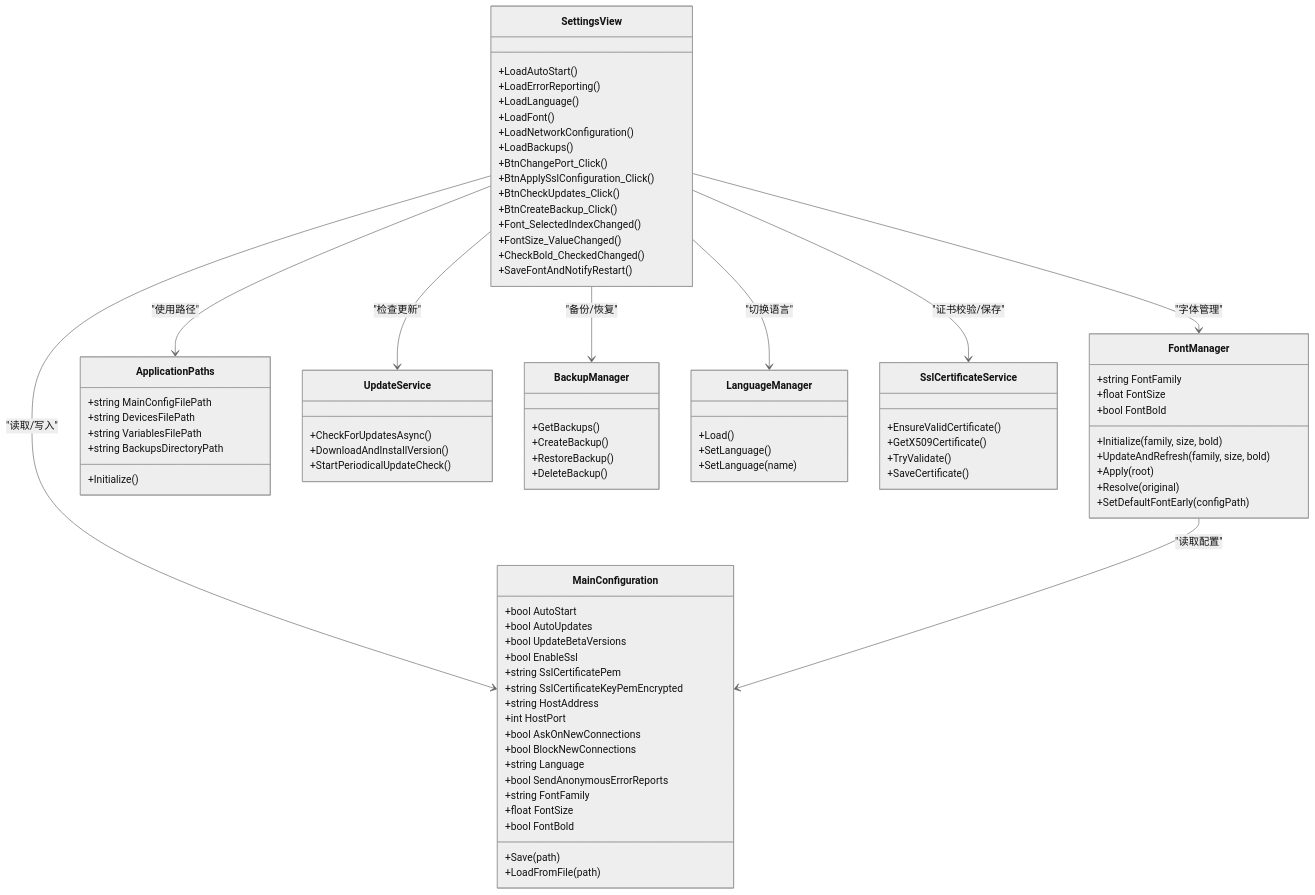
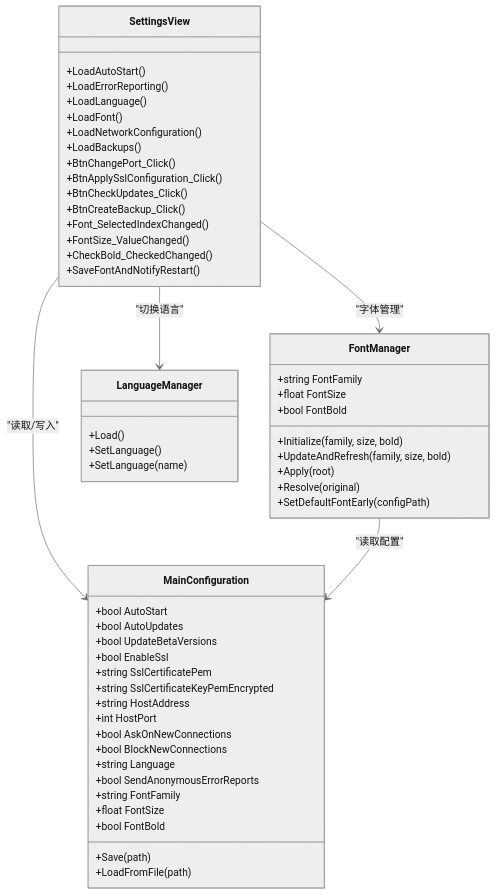
One commit to tea4go/Macro-Deck changed the sixth of 6 diagrams in .qoder/repowiki/zh/content/图形用户界面/视图管理系统/设置视图.md. Above: the diagram before and after it, drawn with Mermaid (neutral theme). The commit also changed other lines of this file and 22 other files, not shown here.

````diff
--- a/.qoder/repowiki/zh/content/图形用户界面/视图管理系统/设置视图.md
+++ b/.qoder/repowiki/zh/content/图形用户界面/视图管理系统/设置视图.md
@@ -328,41 +323,13 @@
 +Resolve(original)
 +SetDefaultFontEarly(configPath)
 }
-class ApplicationPaths {
-+string MainConfigFilePath
-+string DevicesFilePath
-+string VariablesFilePath
-+string BackupsDirectoryPath
-+Initialize()
-}
-class UpdateService {
-+CheckForUpdatesAsync()
-+DownloadAndInstallVersion()
-+StartPeriodicalUpdateCheck()
-}
-class BackupManager {
-+GetBackups()
-+CreateBackup()
-+RestoreBackup()
-+DeleteBackup()
-}
 class LanguageManager {
 +Load()
 +SetLanguage()
 +SetLanguage(name)
 }
-class SslCertificateService {
-+EnsureValidCertificate()
-+GetX509Certificate()
-+TryValidate()
-+SaveCertificate()
-}
 SettingsView --> MainConfiguration : "读取/写入"
 SettingsView --> FontManager : "字体管理"
-SettingsView --> ApplicationPaths : "使用路径"
-SettingsView --> UpdateService : "检查更新"
-SettingsView --> BackupManager : "备份/恢复"
 SettingsView --> LanguageManager : "切换语言"
-SettingsView --> SslCertificateService : "证书校验/保存"
 FontManager --> MainConfiguration : "读取配置"
 ```
````
